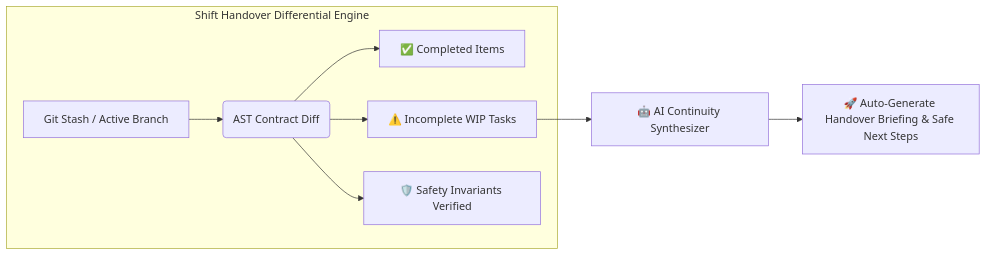
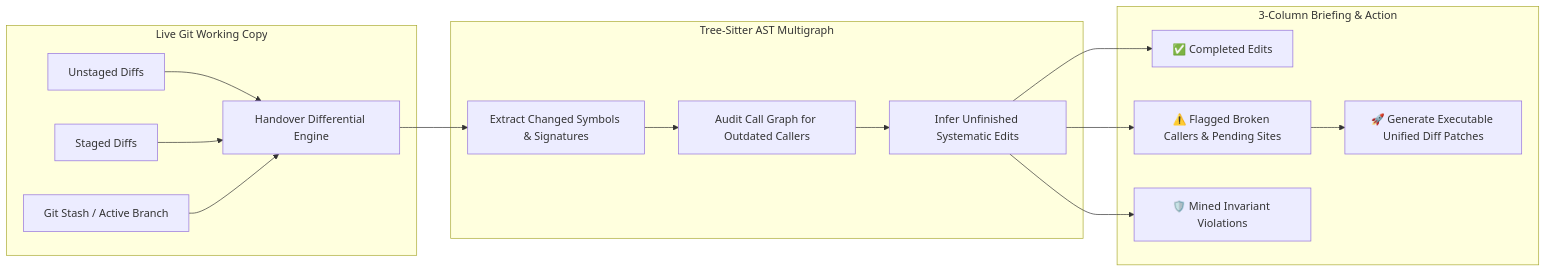
One commit to PanatiNitesh/codearchaeologist-studio changed the first of 2 diagrams in README.md. Above: the diagram before and after it, drawn with Mermaid. The commit also changed other lines of this file and 25 other files, not shown here.

Commit message:
feat(datanova): Tree-Sitter AST multilang compiler, live Git shift handover with broken contract callers, HalfDone-Bench benchmark, Chesterton's fence, FastMCP server, and CLI

````diff
--- a/README.md
+++ b/README.md
@@ -88,11 +125,21 @@
 ```mermaid
 graph LR
-    subgraph WIP_Audit [Shift Handover Differential Engine]
-        A[Git Stash / Active Branch] --> B(AST Contract Diff)
-        B --> C[✅ Completed Items]
-        B --> D[⚠️ Incomplete WIP Tasks]
-        B --> E[🛡️ Safety Invariants Verified]
+    subgraph Git_WIP_Source [Live Git Working Copy]
+        A[Unstaged Diffs] --> D[Handover Differential Engine]
+        B[Staged Diffs] --> D
+        C[Git Stash / Active Branch] --> D
     end
-    D --> F[🤖 AI Continuity Synthesizer]
-    F --> G[🚀 Auto-Generate Handover Briefing & Safe Next Steps]
+
+    subgraph Compiler_Analysis [Tree-Sitter AST Multigraph]
+        D --> E[Extract Changed Symbols & Signatures]
+        E --> F[Audit Call Graph for Outdated Callers]
+        F --> G[Infer Unfinished Systematic Edits]
+    end
+
+    subgraph Handover_Output [3-Column Briefing & Action]
+        G --> H1[✅ Completed Edits]
+        G --> H2[⚠️ Flagged Broken Callers & Pending Sites]
+        G --> H3[🛡️ Mined Invariant Violations]
+        H2 --> I[🚀 Generate Executable Unified Diff Patches]
+    end
 ```
````
